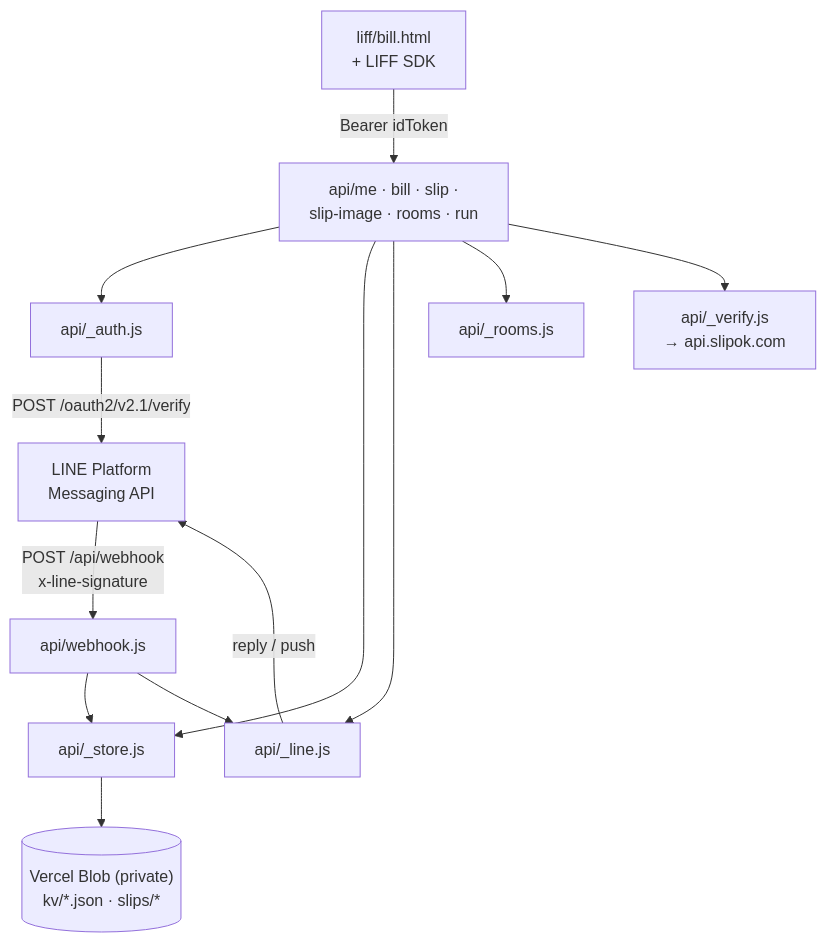
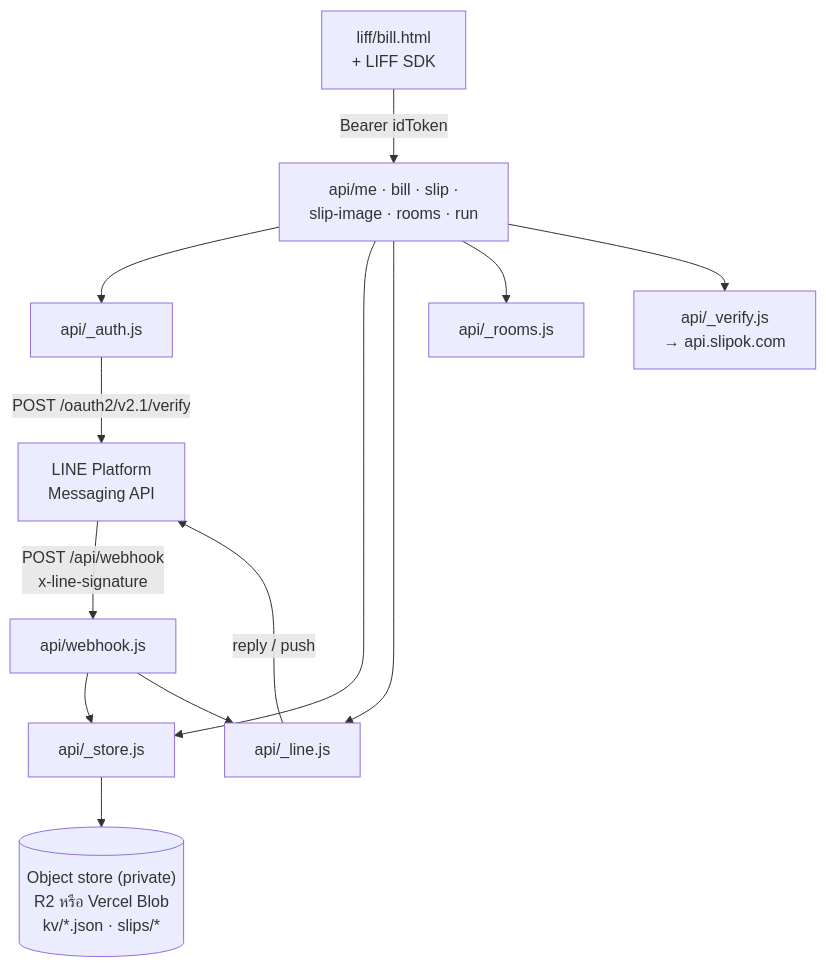
The first of 2 diagrams in line-app/docs/ARCHITECTURE.md (WinTuner/Dormplus-prototype), drawn with Mermaid before and after one commit. The commit also changed other lines of this file and 13 other files, not shown here.

````diff
--- a/line-app/docs/ARCHITECTURE.md
+++ b/line-app/docs/ARCHITECTURE.md
@@ -19,16 +25,16 @@
 ```mermaid
 graph TD
   LINE["LINE Platform<br/>Messaging API"] -->|"POST /api/webhook<br/>x-line-signature"| WH["api/webhook.js"]
   WH --> ST["api/_store.js"]
   WH --> LN["api/_line.js"]
   LN -->|"reply / push"| LINE
 
   LIFF["liff/bill.html<br/>+ LIFF SDK"] -->|"Bearer idToken"| EP["api/me · bill · slip ·<br/>slip-image · rooms · run"]
   EP --> AU["api/_auth.js"]
   AU -->|"POST /oauth2/v2.1/verify"| LINE
   EP --> ST
   EP --> LN
   EP --> RM["api/_rooms.js"]
   EP --> VR["api/_verify.js<br/>→ api.slipok.com"]
-  ST --> BLOB[("Vercel Blob (private)<br/>kv/*.json · slips/*")]
+  ST --> BLOB[("Object store (private)<br/>R2 หรือ Vercel Blob<br/>kv/*.json · slips/*")]
 ```
````
